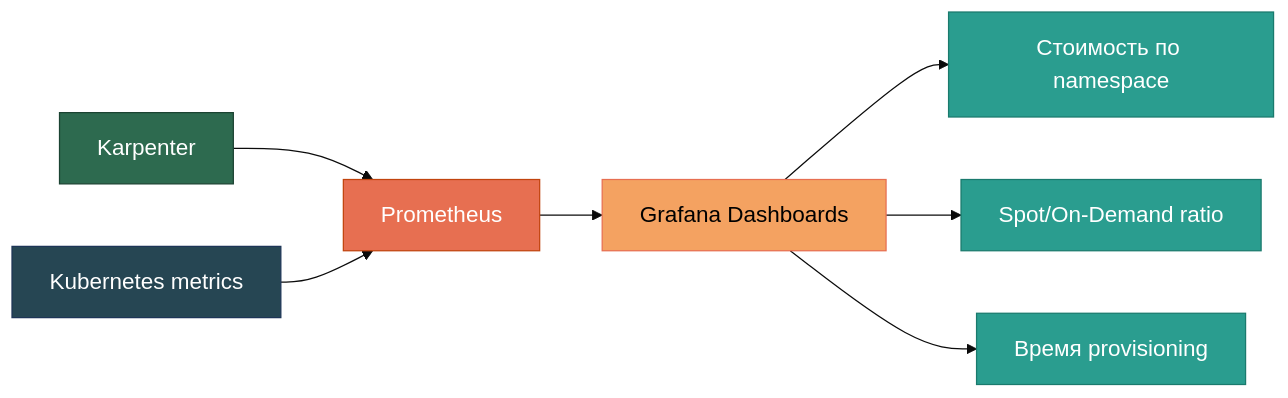
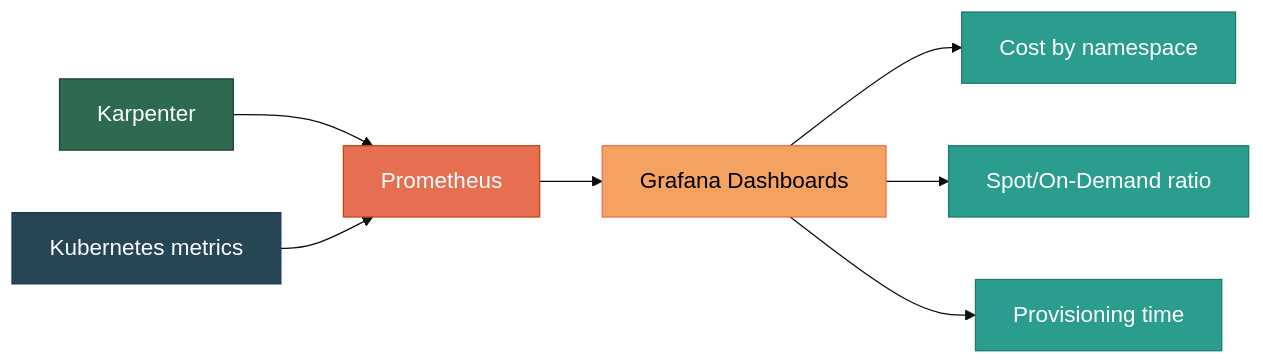
The seventh of 10 diagrams in docs/articles/from_spot_io_to_karpenter/readme.MD (ViktorUJ/cks), drawn with Mermaid before and after one commit. The commit also changed other lines of this file and 1 other file, not shown here.

````diff
--- a/docs/articles/from_spot_io_to_karpenter/readme.MD
+++ b/docs/articles/from_spot_io_to_karpenter/readme.MD
@@ -397,25 +401,25 @@
 ```mermaid
 ---
 config:
   theme: base
   themeVariables:
     fontSize: 18px
     nodeSpacing: 50
     rankSpacing: 70
 ---
 graph LR
     KARP["Karpenter"] --> PROM["Prometheus"]
     K8S["Kubernetes metrics"] --> PROM
     PROM --> GRAF["Grafana Dashboards"]
-    GRAF --> COST["Стоимость по namespace"]
+    GRAF --> COST["Cost by namespace"]
     GRAF --> SPOT["Spot/On-Demand ratio"]
-    GRAF --> PERF["Время provisioning"]
+    GRAF --> PERF["Provisioning time"]
 
     style KARP fill:#2d6a4f,stroke:#1b4332,color:#fff
     style K8S fill:#264653,stroke:#1d3557,color:#fff
     style PROM fill:#e76f51,stroke:#c1440e,color:#fff
     style GRAF fill:#f4a261,stroke:#e76f51,color:#000
     style COST fill:#2a9d8f,stroke:#1a7a6d,color:#fff
     style SPOT fill:#2a9d8f,stroke:#1a7a6d,color:#fff
     style PERF fill:#2a9d8f,stroke:#1a7a6d,color:#fff
 ```
````
